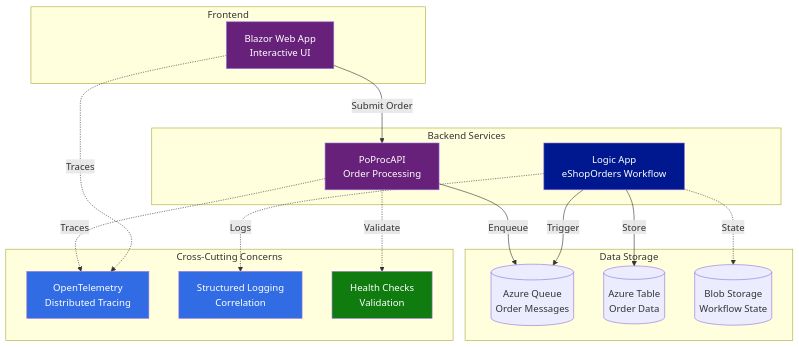
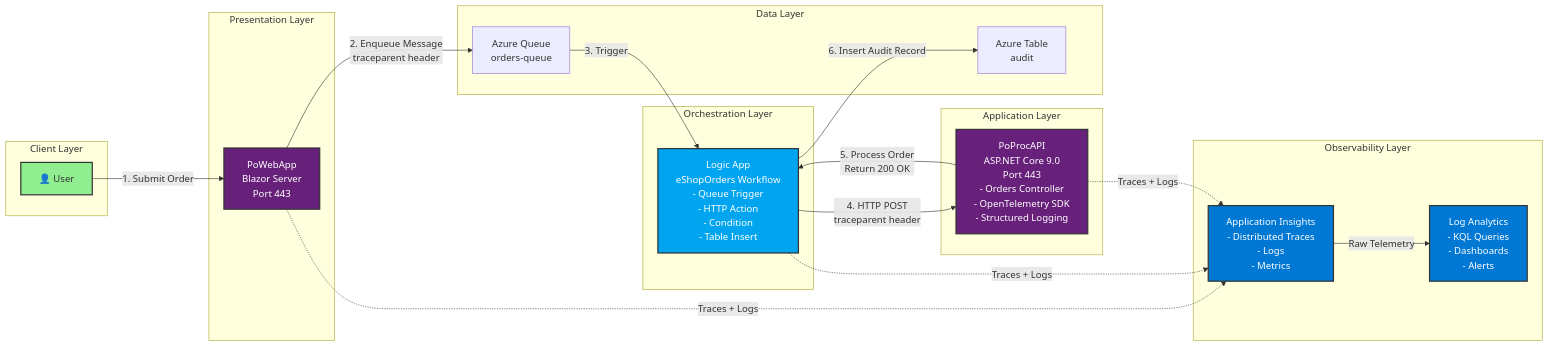
Before and after one commit to Evilazaro/Azure-LogicApps-Monitoring: the second of 4 diagrams in README.md, drawn with Mermaid. The commit also changed other lines of this file, not shown here.

Commit message:
Implement feature X to enhance user experience and optimize performance

````diff
--- a/README.md
+++ b/README.md
@@ -253,41 +278,49 @@
 ```mermaid
-graph TB
-    subgraph "Frontend"
-        Blazor[Blazor Web App<br/>Interactive UI]
+graph LR
+    subgraph "Client Layer"
+        USER[👤 User]
     end
-
-    subgraph "Backend Services"
-        API[PoProcAPI<br/>Order Processing]
-        LogicApp[Logic App<br/>eShopOrders Workflow]
+    
+    subgraph "Presentation Layer"
+        BLAZOR[PoWebApp<br/>Blazor Server<br/>Port 443]
     end
-
-    subgraph "Data Storage"
-        Queue[(Azure Queue<br/>Order Messages)]
-        Table[(Azure Table<br/>Order Data)]
-        WorkflowStorage[(Blob Storage<br/>Workflow State)]
+    
+    subgraph "Orchestration Layer"
+        LA[Logic App<br/>eShopOrders Workflow<br/>- Queue Trigger<br/>- HTTP Action<br/>- Condition<br/>- Table Insert]
     end
-
-    subgraph "Cross-Cutting Concerns"
-        Tracing[OpenTelemetry<br/>Distributed Tracing]
-        Logging[Structured Logging<br/>Correlation]
-        Health[Health Checks<br/>Validation]
+    
+    subgraph "Application Layer"
+        API[PoProcAPI<br/>ASP.NET Core 9.0<br/>Port 443<br/>- Orders Controller<br/>- OpenTelemetry SDK<br/>- Structured Logging]
     end
-
-    Blazor -->|Submit Order| API
-    API -->|Enqueue| Queue
-    LogicApp -->|Trigger| Queue
-    LogicApp -->|Store| Table
-    LogicApp -.->|State| WorkflowStorage
-
-    API -.->|Traces| Tracing
-    Blazor -.->|Traces| Tracing
-    LogicApp -.->|Logs| Logging
-    API -.->|Validate| Health
-
-    style Blazor fill:#68217A,color:#fff
-    style API fill:#68217A,color:#fff
-    style LogicApp fill:#00188F,color:#fff
-    style Tracing fill:#326CE5,color:#fff
-    style Logging fill:#326CE5,color:#fff
-    style Health fill:#107C10,color:#fff
+    
+    subgraph "Data Layer"
+        QUEUE[Azure Queue<br/>orders-queue]
+        TABLE[Azure Table<br/>audit]
+    end
+    
+    subgraph "Observability Layer"
+        AI[Application Insights<br/>- Distributed Traces<br/>- Logs<br/>- Metrics]
+        LAW[Log Analytics<br/>- KQL Queries<br/>- Dashboards<br/>- Alerts]
+    end
+    
+    %% User Flow
+    USER -->|1. Submit Order| BLAZOR
+    BLAZOR -->|2. Enqueue Message<br/>traceparent header| QUEUE
+    QUEUE -->|3. Trigger| LA
+    LA -->|4. HTTP POST<br/>traceparent header| API
+    API -->|5. Process Order<br/>Return 200 OK| LA
+    LA -->|6. Insert Audit Record| TABLE
+    
+    %% Telemetry Flow
+    BLAZOR -.->|Traces + Logs| AI
+    LA -.->|Traces + Logs| AI
+    API -.->|Traces + Logs| AI
+    AI -->|Raw Telemetry| LAW
+    
+    style USER fill:#90EE90,stroke:#333,stroke-width:2px
+    style BLAZOR fill:#68217A,stroke:#333,stroke-width:2px,color:#fff
+    style LA fill:#00A4EF,stroke:#333,stroke-width:2px,color:#fff
+    style API fill:#68217A,stroke:#333,stroke-width:2px,color:#fff
+    style AI fill:#0078D4,stroke:#333,stroke-width:2px,color:#fff
+    style LAW fill:#0078D4,stroke:#333,stroke-width:2px,color:#fff
 ```
````
